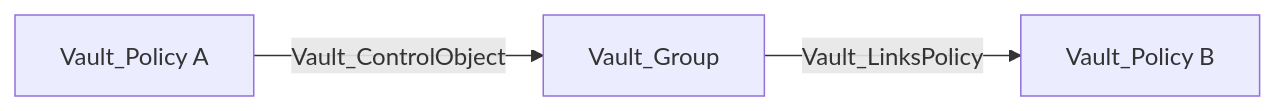
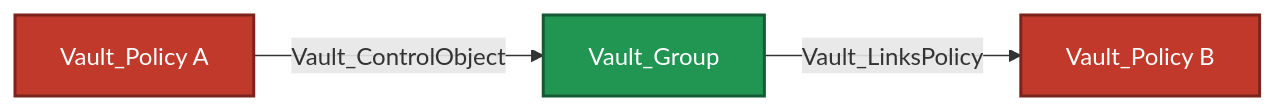
Before and after one commit to bytewreck/opengraph-vault: the fourth of 11 diagrams in Documentation/stores/IDENTITY.md, drawn with Mermaid. The commit also changed other lines of this file and 4 other files, not shown here.

````diff
--- a/Documentation/stores/IDENTITY.md
+++ b/Documentation/stores/IDENTITY.md
@@ -113,5 +133,8 @@
 ```mermaid
 flowchart LR
-    policyA["Vault_Policy A"] -->|Vault_ControlObject| group[Vault_Group]
-    group -->|Vault_LinksPolicy| policyB["Vault_Policy B"]
+    policyA["Vault_Policy A"]:::policyNode -->|Vault_ControlObject| group[Vault_Group]:::groupNode
+    group -->|Vault_LinksPolicy| policyB["Vault_Policy B"]:::policyNode
+
+    classDef policyNode fill:#C0392B,color:#fff,stroke:#7B241C,stroke-width:2px
+    classDef groupNode fill:#219653,color:#fff,stroke:#145A32,stroke-width:2px
 ```
````
